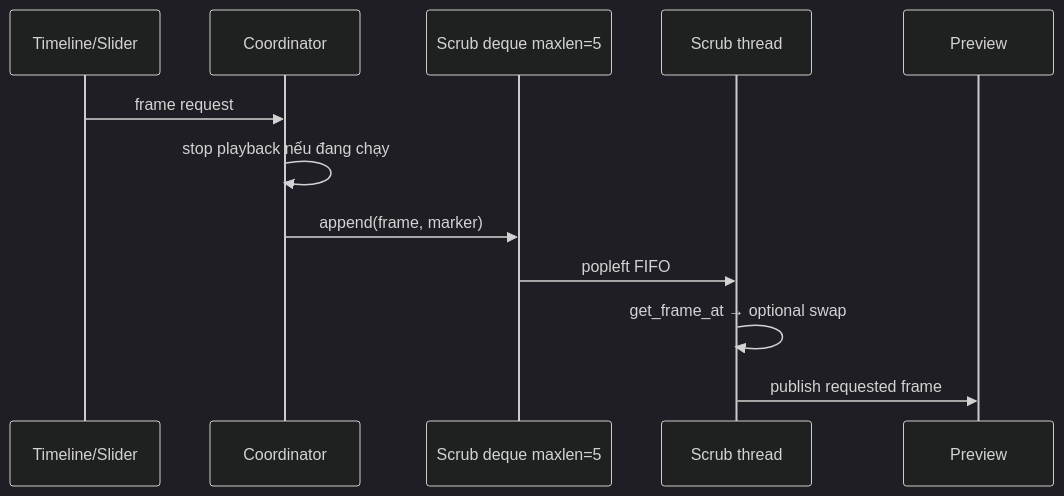
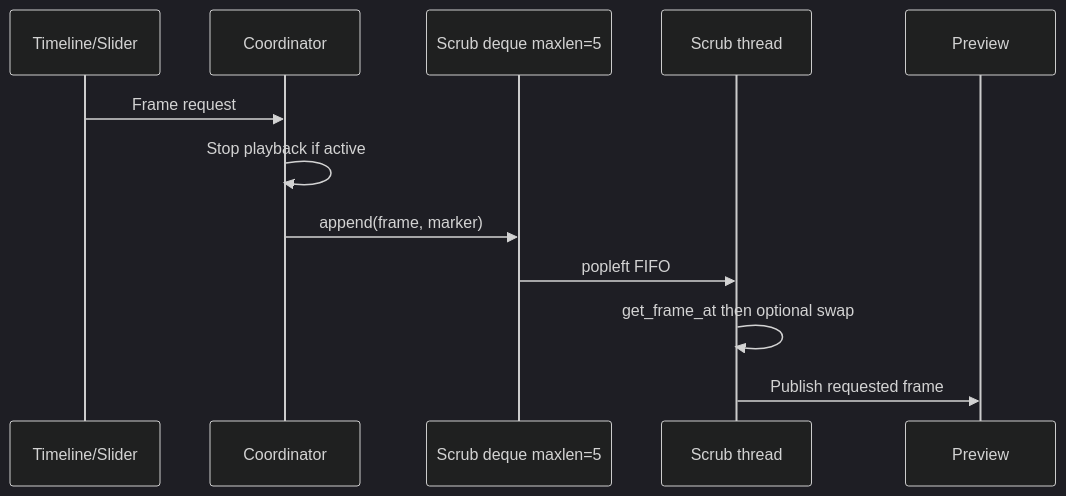
Before and after one commit to Moon2301/Rope: the third of 5 diagrams in .ai/FLOWS.md, drawn with Mermaid (dark theme). The commit also changed other lines of this file and 5 other files, not shown here.

````diff
--- a/.ai/FLOWS.md
+++ b/.ai/FLOWS.md
@@ -75,14 +75,14 @@
 ```mermaid
 sequenceDiagram
     participant T as Timeline/Slider
     participant C as Coordinator
     participant Q as Scrub deque maxlen=5
     participant S as Scrub thread
     participant V as Preview
-    T->>C: frame request
-    C->>C: stop playback nếu đang chạy
+    T->>C: Frame request
+    C->>C: Stop playback if active
     C->>Q: append(frame, marker)
     Q->>S: popleft FIFO
-    S->>S: get_frame_at → optional swap
-    S->>V: publish requested frame
+    S->>S: get_frame_at then optional swap
+    S->>V: Publish requested frame
 ```
````
